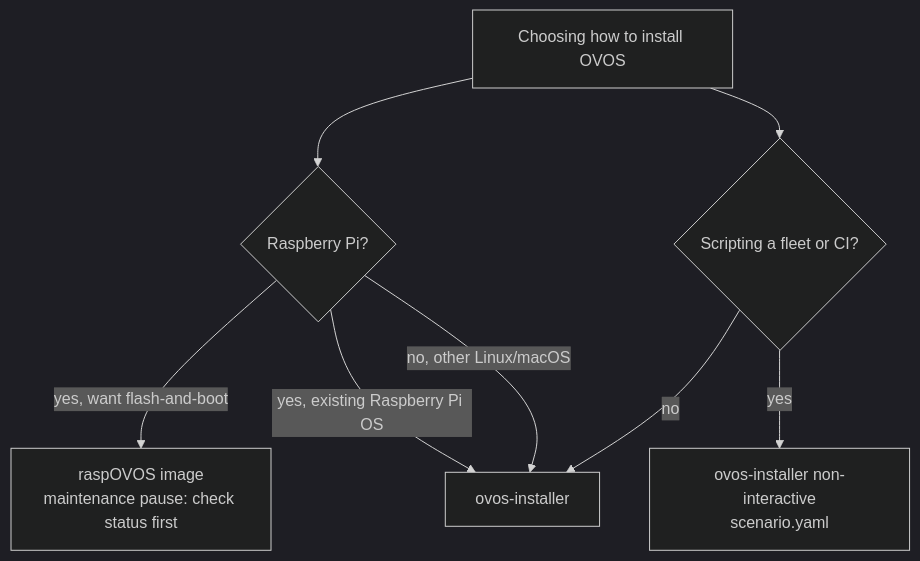
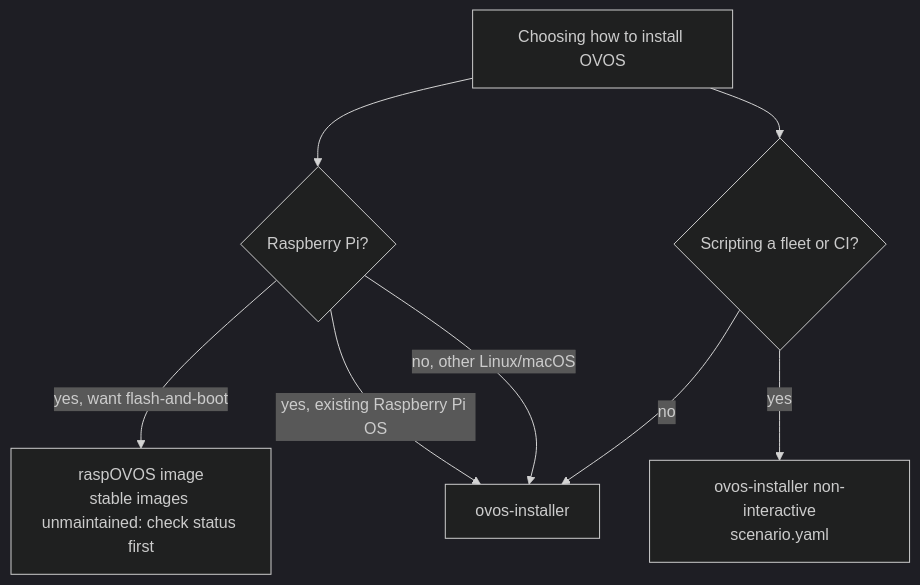
Before and after one commit to OpenVoiceOS/beta-technical-manual: the diagram in docs/ovos-installer.md, drawn with Mermaid (dark theme). The commit also changed 1 other file, not shown here.

Commit message:
docs: wake-word failure mode depends on fallback_ww; diagram label sync
Round-25 seam audit: my previous correction overcorrected — the shipped
hey_mycroft default DOES chain through fallback_ww (tflite -> precise ->
vosk -> pocketsphinx, verified in ovos_config/mycroft.conf on origin/dev),
so a failed primary engine there substitutes silently; only a hotword
without fallback_ww is dropped with the loud ERROR. personalize.md now
states both cases. Also synced the ovos-installer mermaid node label with
the page's own stable-vs-DEV prose.

````diff
--- a/docs/ovos-installer.md
+++ b/docs/ovos-installer.md
@@ -15,10 +15,10 @@
 ```mermaid
 flowchart TD
     A[Choosing how to install OVOS] --> B{Raspberry Pi?}
-    B -- yes, want flash-and-boot --> C[raspOVOS image<br/>maintenance pause: check status first]
+    B -- yes, want flash-and-boot --> C[raspOVOS image<br/>stable images unmaintained: check status first]
     B -- yes, existing Raspberry Pi OS --> D[ovos-installer]
     B -- no, other Linux/macOS --> D
     A --> E{Scripting a fleet or CI?}
     E -- yes --> F[ovos-installer non-interactive<br/>scenario.yaml]
     E -- no --> D
 ```
````
